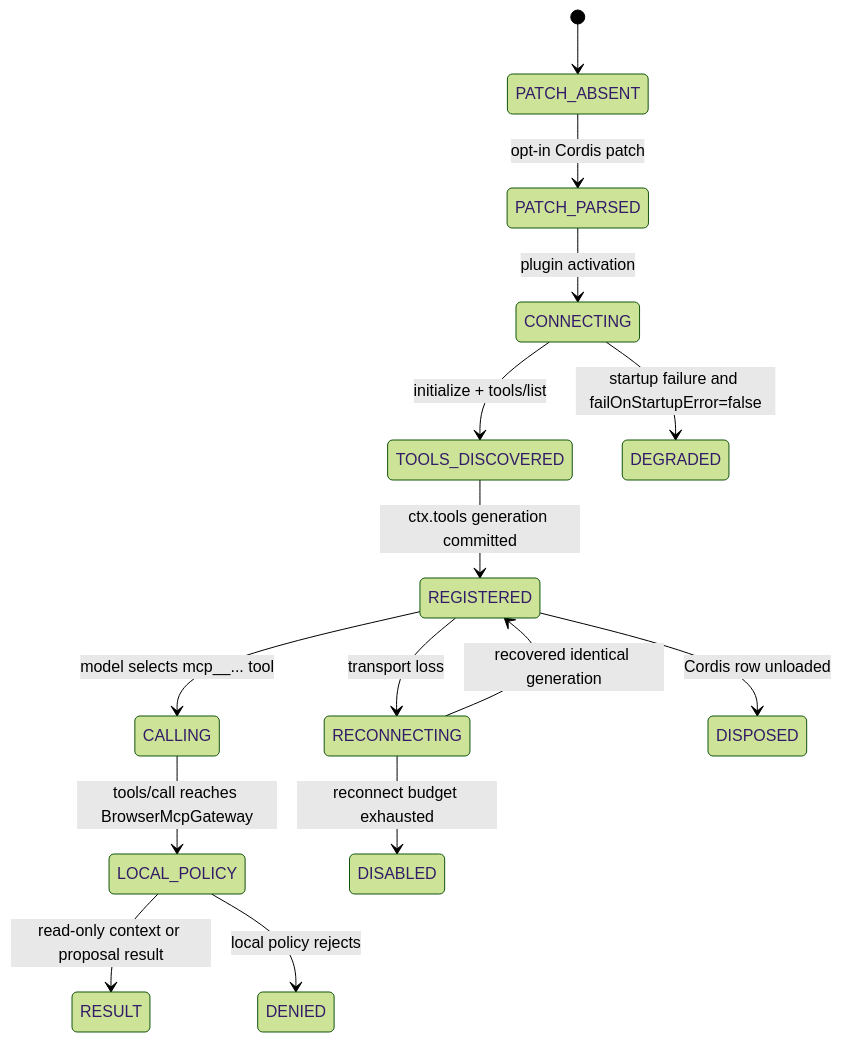
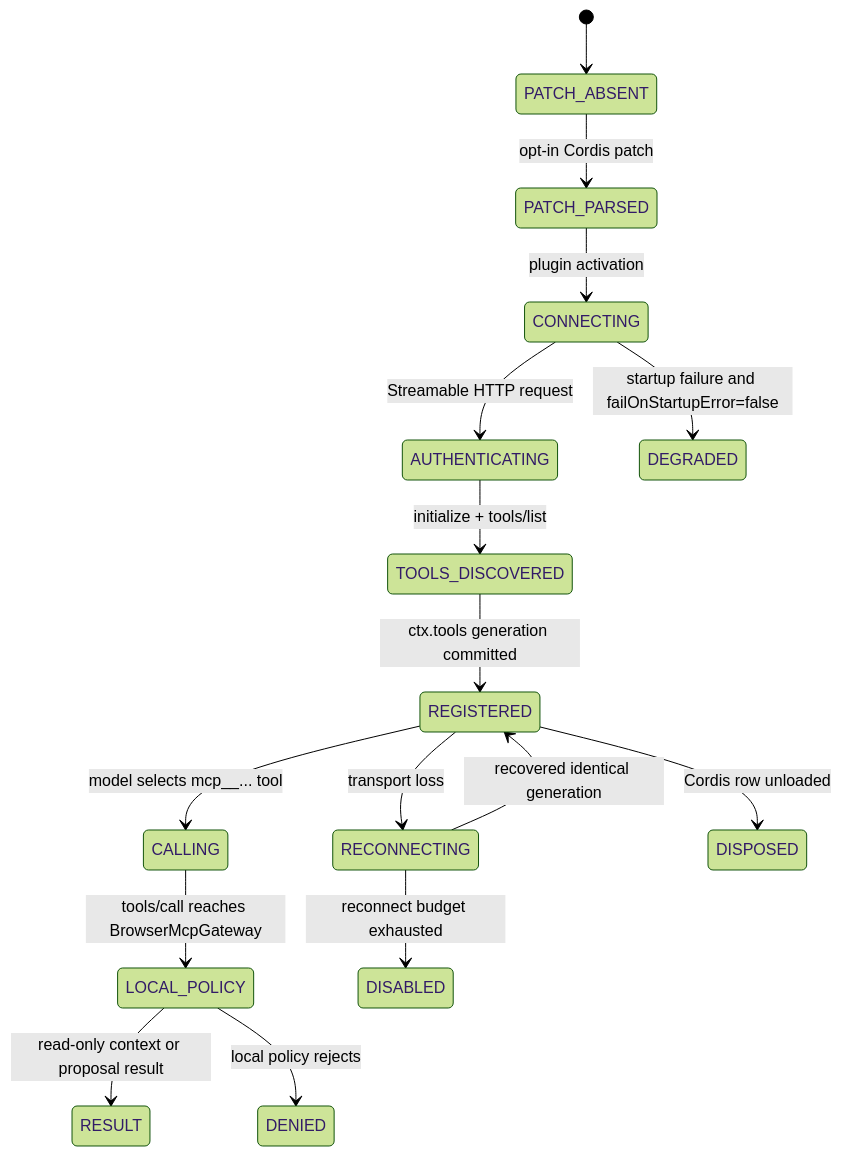
Before and after one commit to ed3c/kotlin-auto-webview: the diagram in integrations/deepseek-harness/README.md, drawn with Mermaid (forest theme). The commit also changed other lines of this file and 4 other files, not shown here.

````diff
--- a/integrations/deepseek-harness/README.md
+++ b/integrations/deepseek-harness/README.md
@@ -95,17 +124,18 @@
 ```mermaid
 stateDiagram-v2
     [*] --> PATCH_ABSENT
     PATCH_ABSENT --> PATCH_PARSED: opt-in Cordis patch
     PATCH_PARSED --> CONNECTING: plugin activation
-    CONNECTING --> TOOLS_DISCOVERED: initialize + tools/list
+    CONNECTING --> AUTHENTICATING: Streamable HTTP request
+    AUTHENTICATING --> TOOLS_DISCOVERED: initialize + tools/list
     TOOLS_DISCOVERED --> REGISTERED: ctx.tools generation committed
     REGISTERED --> CALLING: model selects mcp__... tool
     CALLING --> LOCAL_POLICY: tools/call reaches BrowserMcpGateway
     LOCAL_POLICY --> RESULT: read-only context or proposal result
     LOCAL_POLICY --> DENIED: local policy rejects
     CONNECTING --> DEGRADED: startup failure and failOnStartupError=false
     REGISTERED --> RECONNECTING: transport loss
     RECONNECTING --> REGISTERED: recovered identical generation
     RECONNECTING --> DISABLED: reconnect budget exhausted
     REGISTERED --> DISPOSED: Cordis row unloaded
 ```
````
